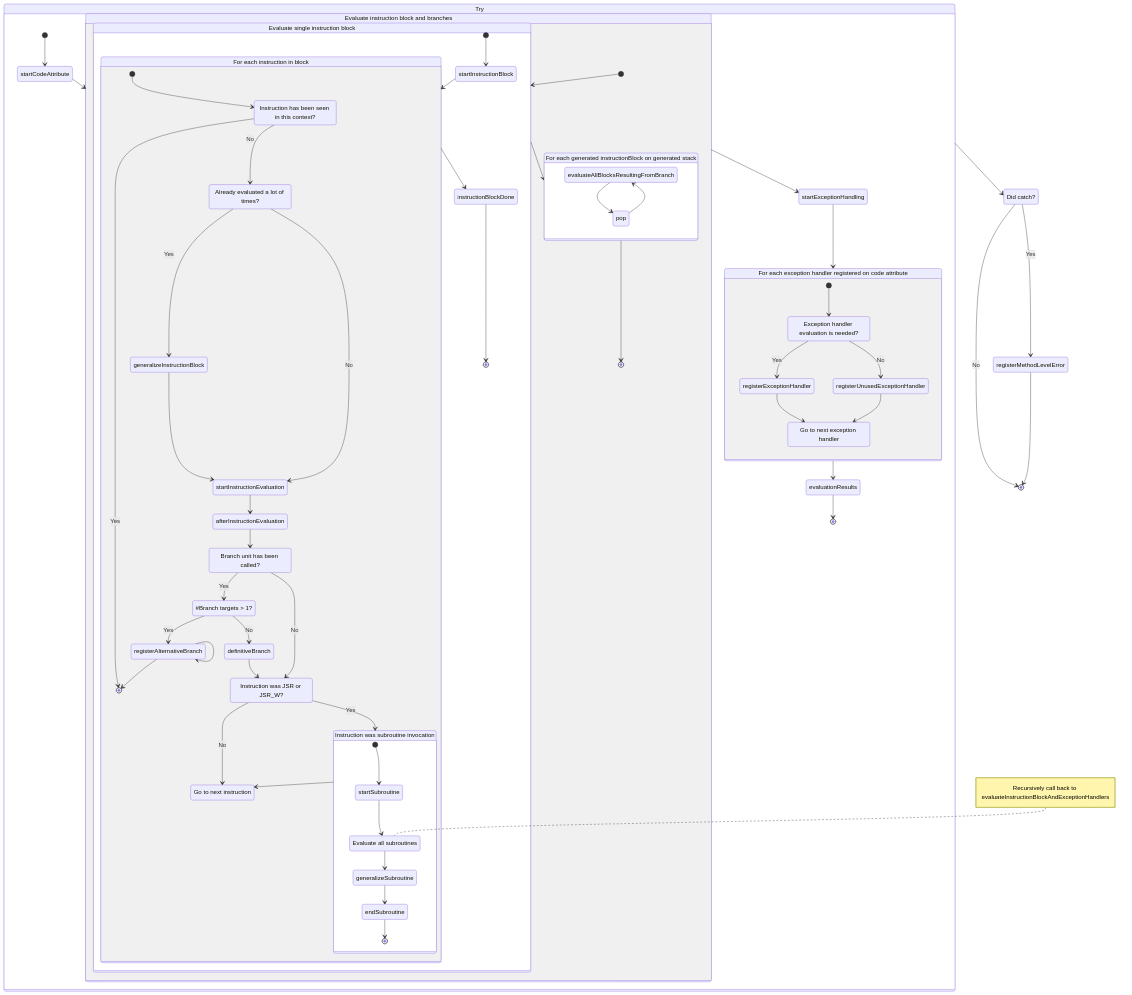
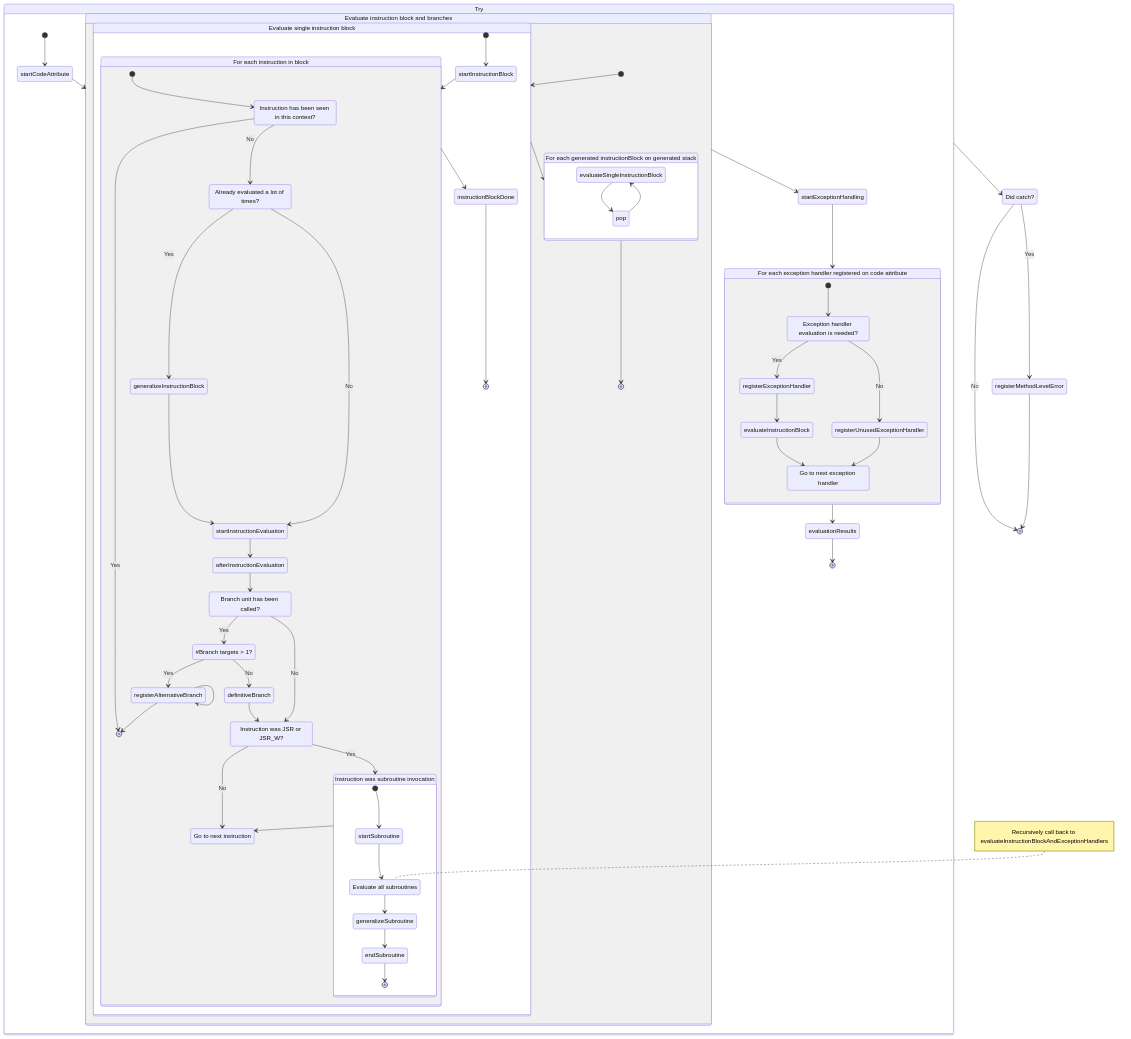
Before and after one commit to Guardsquare/proguard-core: the diagram in docs/md/partialevaluator.md, drawn with Mermaid. The commit also changed 2 other files, not shown here.

Commit message:
docs: more precise formatting

```diff
--- a/docs/md/partialevaluator.md
+++ b/docs/md/partialevaluator.md
@@ -572,8 +572,8 @@
             L6: For each generated instructionBlock on generated stack
             L2 --> L6
             state L6 {
-                evaluateAllBlocksResultingFromBranch --> pop
-                pop --> evaluateAllBlocksResultingFromBranch
+              evaluateSingleInstructionBlock --> pop
+              pop --> evaluateSingleInstructionBlock
             }
             L6 --> [*]
         }
@@ -586,7 +586,8 @@
             BR7 --> registerExceptionHandler: Yes
             BR7 --> registerUnusedExceptionHandler: No
             nextExceptionHandler: Go to next exception handler
-            registerExceptionHandler --> nextExceptionHandler
+            registerExceptionHandler --> evaluateInstructionBlock
+            evaluateInstructionBlock --> nextExceptionHandler
             registerUnusedExceptionHandler --> nextExceptionHandler
         }
         L7 --> evaluationResults
```
